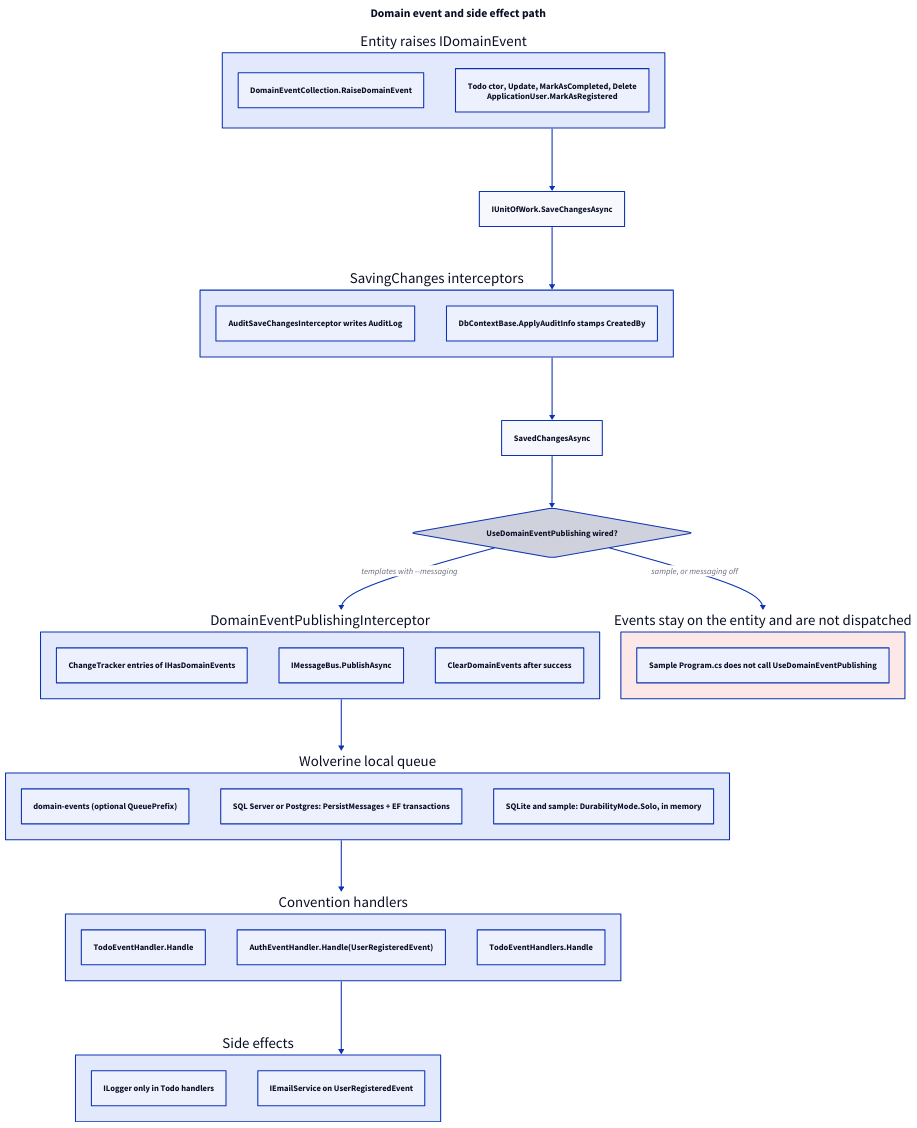
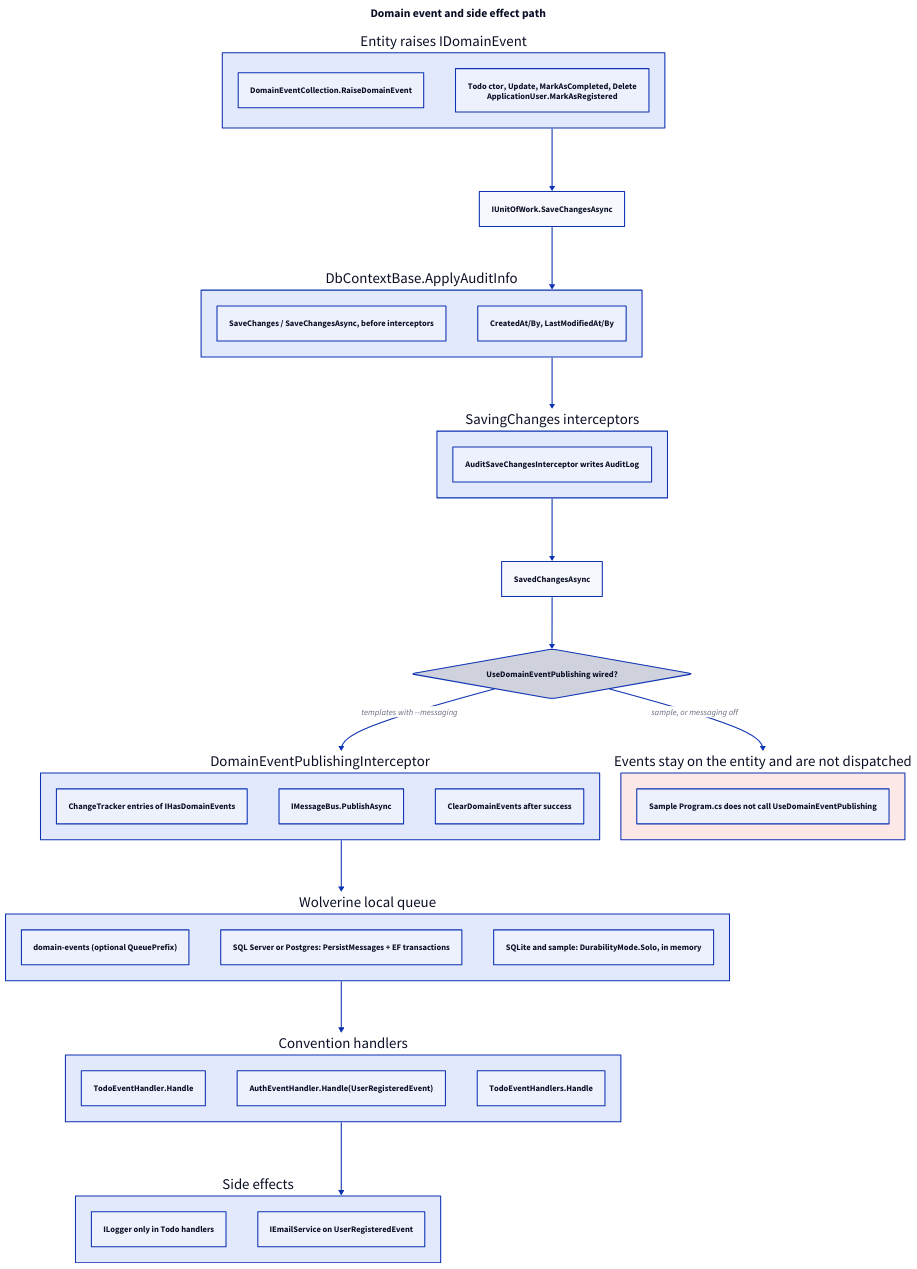
The diagram in docs/diagrams/event-path.d2 (abdebek/MinimalCleanArch), drawn with D2 before and after one commit. The commit also changed 3 other files, not shown here.

First line of the commit message:
docs: stamp ApplyAuditInfo before interceptors on the event path

```diff
--- a/docs/diagrams/event-path.d2
+++ b/docs/diagrams/event-path.d2
@@ -1,70 +1,75 @@
 direction: down
 
 title: "Domain event and side effect path" {
   near: top-center
   shape: text
   style.font-size: 22
   style.bold: true
 }
 
 raise: Entity raises IDomainEvent {
   shape: rectangle
   how: DomainEventCollection.RaiseDomainEvent
   when: "Todo ctor, Update, MarkAsCompleted, Delete\nApplicationUser.MarkAsRegistered"
 }
 
 uow: IUnitOfWork.SaveChangesAsync {
   shape: rectangle
 }
 
+stamp: DbContextBase.ApplyAuditInfo {
+  shape: rectangle
+  when: "SaveChanges / SaveChangesAsync, before interceptors"
+  fields: "CreatedAt/By, LastModifiedAt/By"
+}
+
 saving: SavingChanges interceptors {
   shape: rectangle
   audit: AuditSaveChangesInterceptor writes AuditLog
-  stamp: DbContextBase.ApplyAuditInfo stamps CreatedBy
 }
 
 saved: SavedChangesAsync {
   shape: rectangle
 }
 
 gate: UseDomainEventPublishing wired? {
   shape: diamond
 }
 
 publish: DomainEventPublishingInterceptor {
   shape: rectangle
   collect: ChangeTracker entries of IHasDomainEvents
   bus: IMessageBus.PublishAsync
   clear: ClearDomainEvents after success
 }
 
 lost: Events stay on the entity and are not dispatched {
   shape: rectangle
   style.fill: "#fde8e8"
   sample: "Sample Program.cs does not call UseDomainEventPublishing"
 }
 
 wolverine: Wolverine local queue {
   shape: rectangle
   name: "domain-events (optional QueuePrefix)"
   durable: "SQL Server or Postgres: PersistMessages + EF transactions"
   memory: "SQLite and sample: DurabilityMode.Solo, in memory"
 }
 
 handlers: Convention handlers {
   shape: rectangle
   todo: TodoEventHandler.Handle
   auth: AuthEventHandler.Handle(UserRegisteredEvent)
   sample: TodoEventHandlers.Handle
 }
 
 side: Side effects {
   shape: rectangle
   log: ILogger only in Todo handlers
   email: IEmailService on UserRegisteredEvent
 }
 
-raise -> uow -> saving -> saved -> gate
+raise -> uow -> stamp -> saving -> saved -> gate
 gate -> publish: "templates with --messaging"
 gate -> lost: "sample, or messaging off"
 publish -> wolverine -> handlers -> side
```
